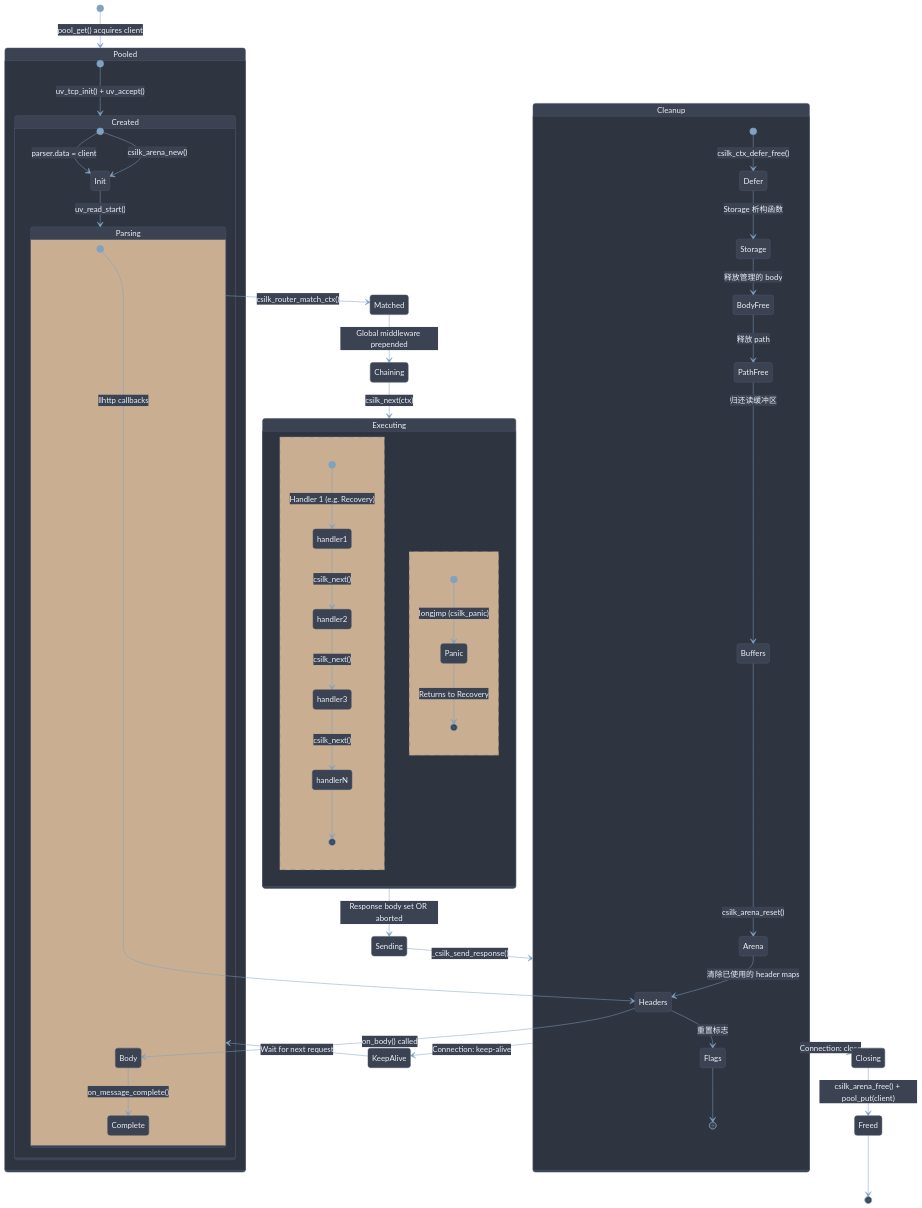
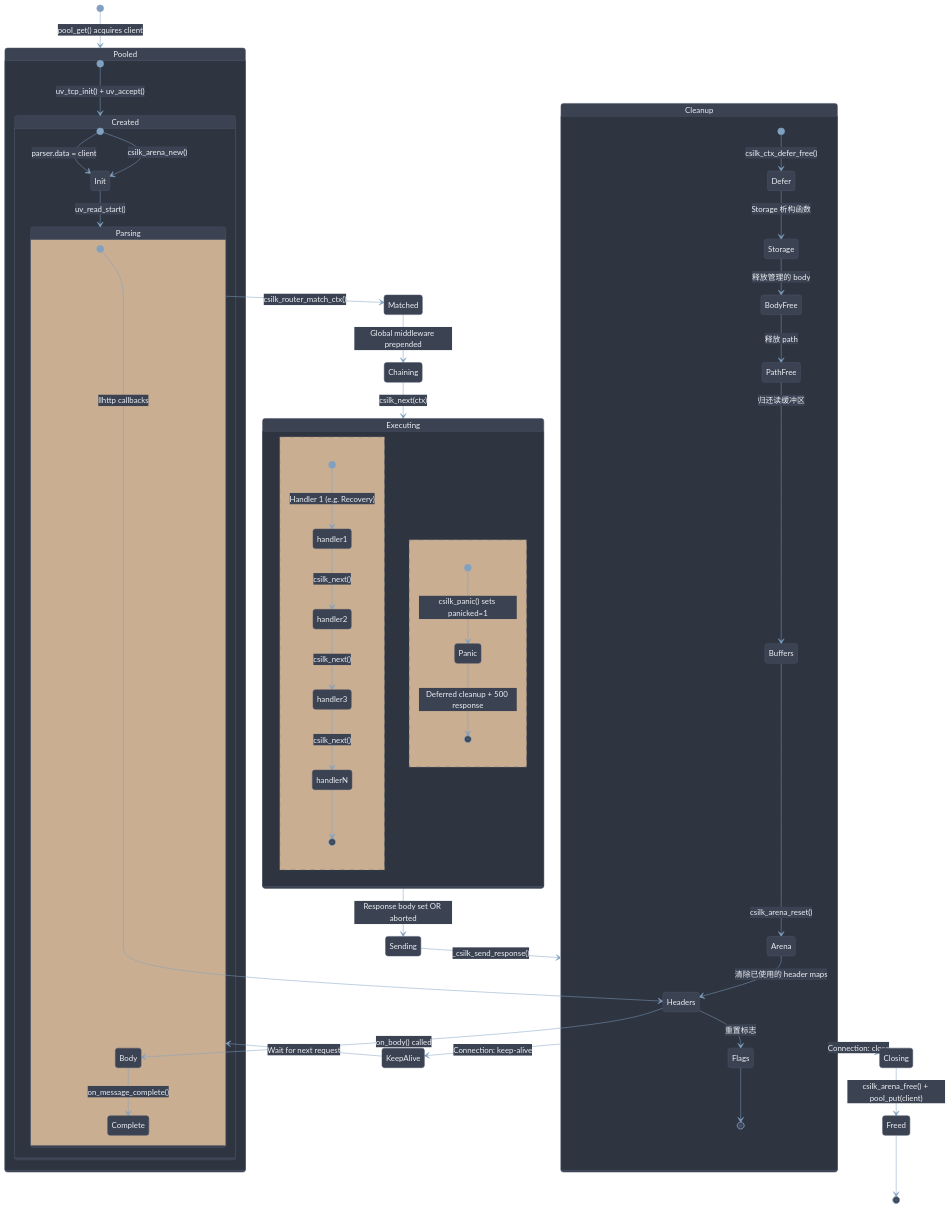
Before and after one commit to quintin-lee/csilk: the second of 5 diagrams in docs/zh-CN/module-design/context.md, drawn with Mermaid. The commit also changed 12 other files, not shown here.

Commit message:
docs: 📝 remove all stale setjmp/longjmp/jump_buffer refs, align panic model and cleanup docs with current code

````diff
--- a/docs/zh-CN/module-design/context.md
+++ b/docs/zh-CN/module-design/context.md
@@ -67,78 +67,78 @@
 ```mermaid
 %%{init: {
   'theme': 'base',
   'themeVariables': {
     'background': '#2E3440',
     'primaryColor': '#81A1C1',
     'primaryBorderColor': '#4C566A',
     'primaryTextColor': '#ECEFF4',
     'secondaryColor': '#3B4252',
     'secondaryBorderColor': '#434C5E',
     'secondaryTextColor': '#D8DEE9',
     'lineColor': '#81A1C1',
     'textColor': '#ECEFF4',
     'mainBkg': '#3B4252',
     'nodeBorder': '#4C566A',
     'clusterBkg': '#2E3440',
     'clusterBorder': '#4C566A',
     'titleColor': '#ECEFF4',
     'edgeLabelBackground': '#3B4252',
     'nodeTextColor': '#ECEFF4'
   }
 }}%%
 stateDiagram-v2
     [*] --> Pooled: pool_get() acquires client
 
     state Pooled {
         [*] --> Created: uv_tcp_init() + uv_accept()
     }
 
     state Created {
         [*] --> Init: csilk_arena_new()
         [*] --> Init: parser.data = client
         Init --> Parsing: uv_read_start()
 
         state Parsing {
             [*] --> Headers: llhttp callbacks
             Headers --> Body: on_body() called
             Body --> Complete: on_message_complete()
         }
     }
 
     Parsing --> Matched: csilk_router_match_ctx()
     Matched --> Chaining: Global middleware prepended
     Chaining --> Executing: csilk_next(ctx)
 
     state Executing {
         [*] --> handler1: Handler 1 (e.g. Recovery)
         handler1 --> handler2: csilk_next()
         handler2 --> handler3: csilk_next()
         handler3 --> handlerN: csilk_next()
         handlerN --> [*]
         --
-        [*] --> Panic: longjmp (csilk_panic)
-        Panic --> [*]: Returns to Recovery
+        [*] --> Panic: csilk_panic() sets panicked=1
+        Panic --> [*]: Deferred cleanup + 500 response
     }
 
     Executing --> Sending: Response body set OR aborted
     Sending --> Cleanup: _csilk_send_response()
 
     state Cleanup {
         [*] --> Defer: csilk_ctx_defer_free()
         Defer --> Storage: Storage 析构函数
         Storage --> BodyFree: 释放管理的 body
         BodyFree --> PathFree: 释放 path
         PathFree --> Buffers: 归还读缓冲区
         Buffers --> Arena: csilk_arena_reset()
         Arena --> Headers: 清除已使用的 header maps
         Headers --> Flags: 重置标志
         Flags --> [*]
     }
 
     Cleanup --> KeepAlive: Connection: keep-alive
     KeepAlive --> Parsing: Wait for next request
 
     Cleanup --> Closing: Connection: close
     Closing --> Freed: csilk_arena_free() + pool_put(client)
     Freed --> [*]
 ```
````
